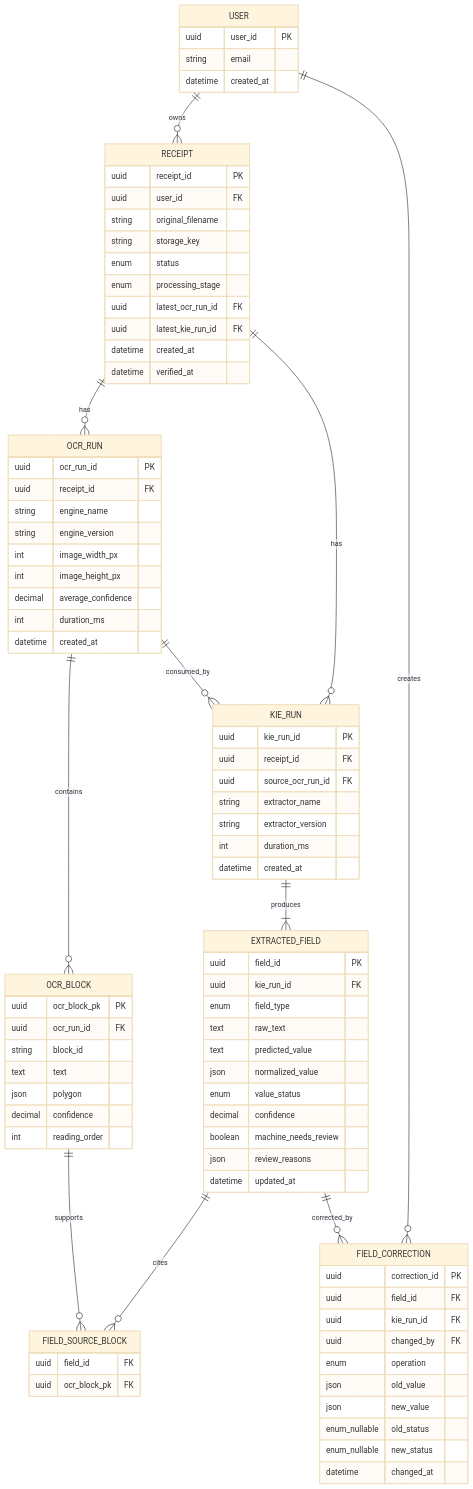
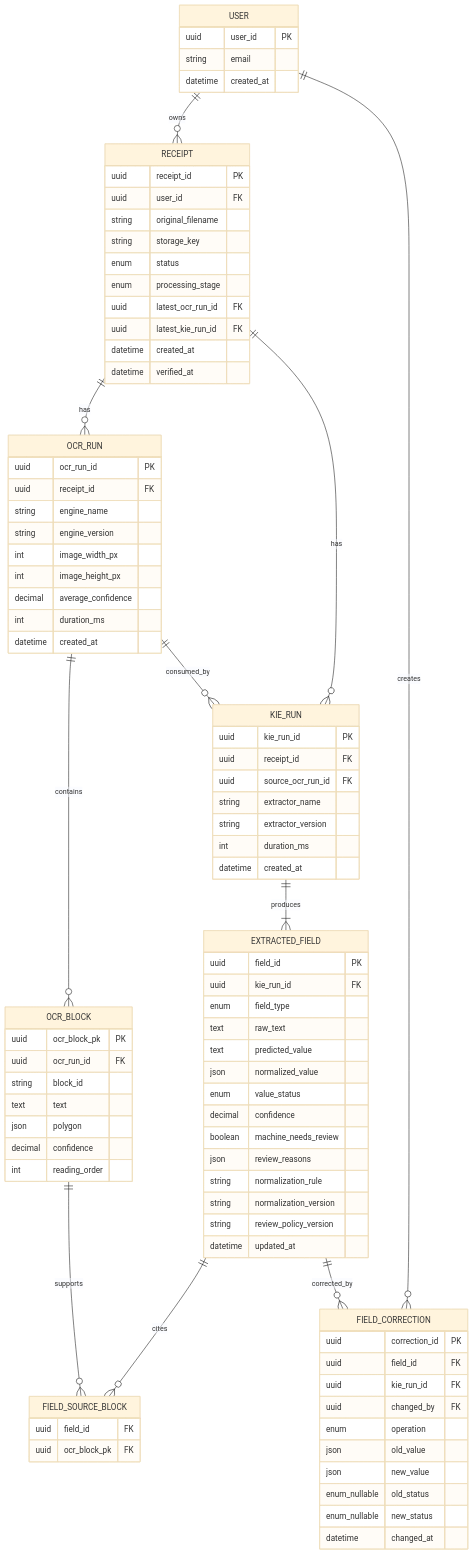
Before and after one commit to vietreceipt-team/vietreceipt: the first of 2 diagrams in ai/kie/docs/data-model.md, drawn with Mermaid (base theme). The commit also changed other lines of this file and 4 other files, not shown here.

```diff
--- a/ai/kie/docs/data-model.md
+++ b/ai/kie/docs/data-model.md
@@ -94,6 +94,9 @@
         decimal confidence
         boolean machine_needs_review
         json review_reasons
+        string normalization_rule
+        string normalization_version
+        string review_policy_version
         datetime updated_at
     }
 
```
